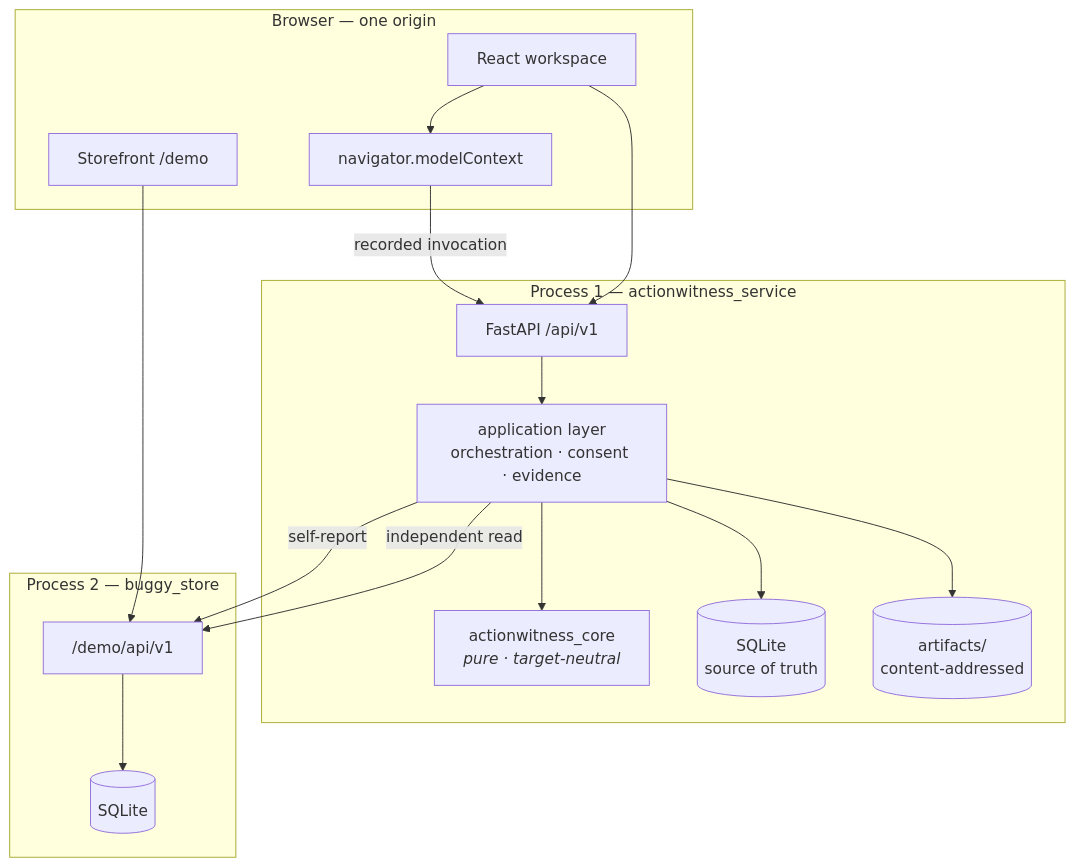
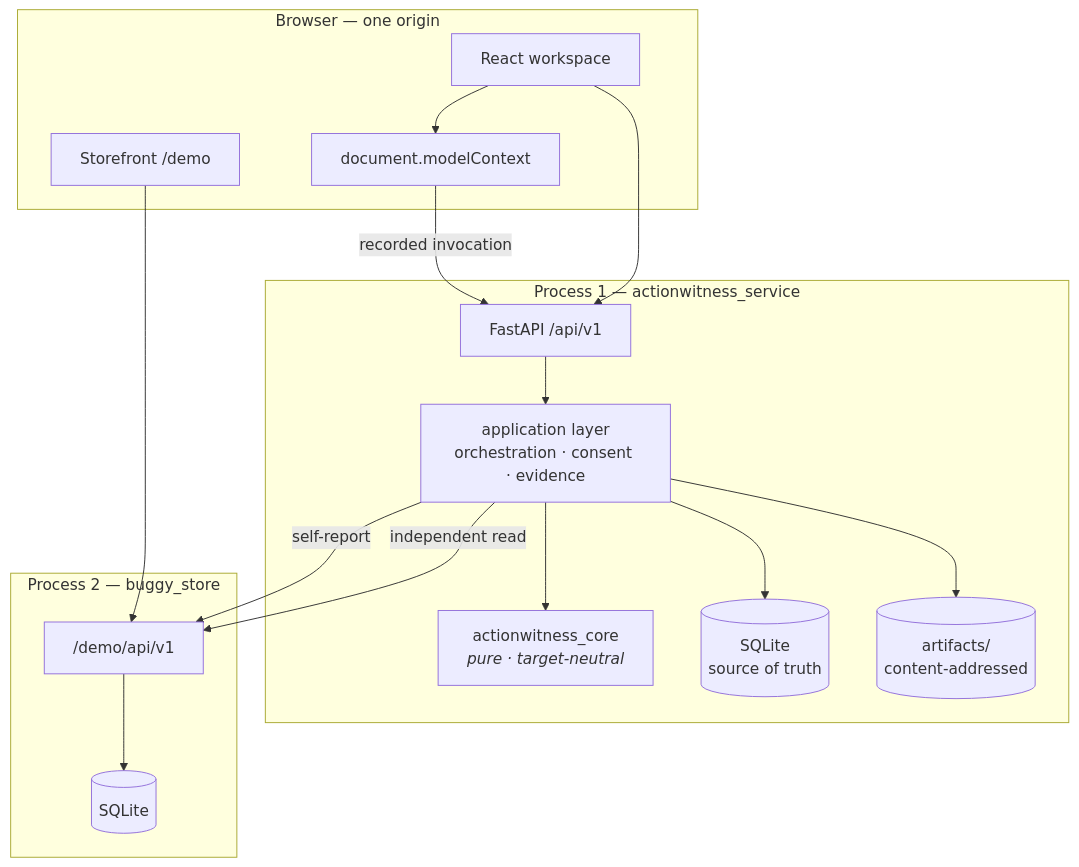
Before and after one commit to ichiorca/actionwitness: the fourth of 27 diagrams in docs/ARCHITECTURE.md, drawn with Mermaid. The commit also changed other lines of this file and 12 other files, not shown here.

````diff
--- a/docs/ARCHITECTURE.md
+++ b/docs/ARCHITECTURE.md
@@ -127,33 +127,33 @@
 ```mermaid
 flowchart TB
     subgraph browser["Browser — one origin"]
         UI["React workspace"]
         SF["Storefront /demo"]
-        MC["navigator.modelContext"]
+        MC["document.modelContext"]
     end
 
     subgraph p1["Process 1 — actionwitness_service"]
         API["FastAPI /api/v1"]
         APP["application layer<br/>orchestration · consent · evidence"]
         CORE["actionwitness_core<br/><i>pure · target-neutral</i>"]
         DB[("SQLite<br/>source of truth")]
         FS[("artifacts/<br/>content-addressed")]
     end
 
     subgraph p2["Process 2 — buggy_store"]
         SAPI["/demo/api/v1"]
         SDB[("SQLite")]
     end
 
     UI --> MC
     MC -->|recorded invocation| API
     UI --> API
     SF --> SAPI
     API --> APP
     APP --> CORE
     APP --> DB
     APP --> FS
     APP -->|"self-report"| SAPI
     APP -->|"independent read"| SAPI
     SAPI --> SDB
 ```
````
